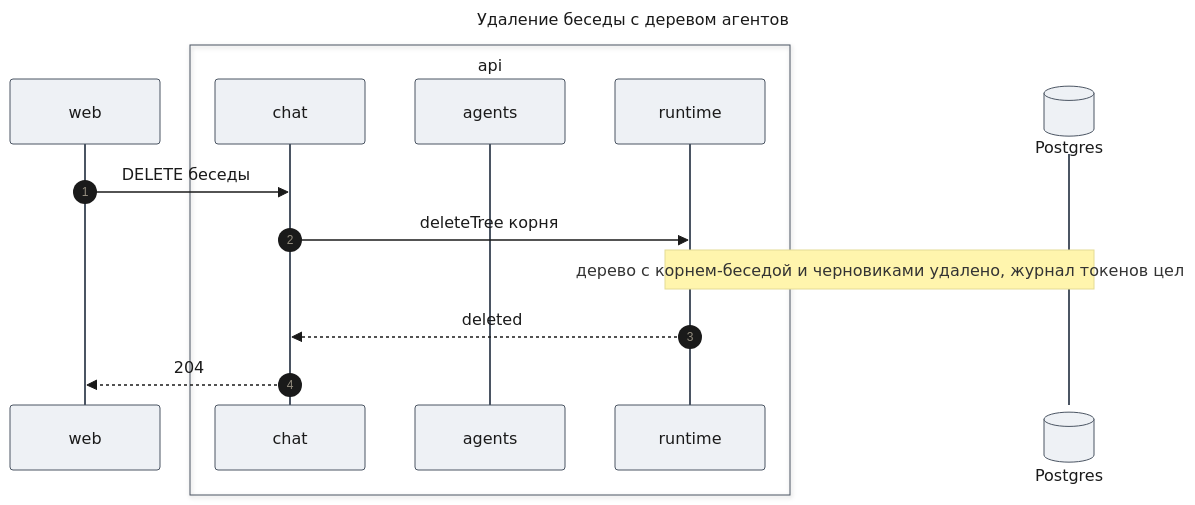
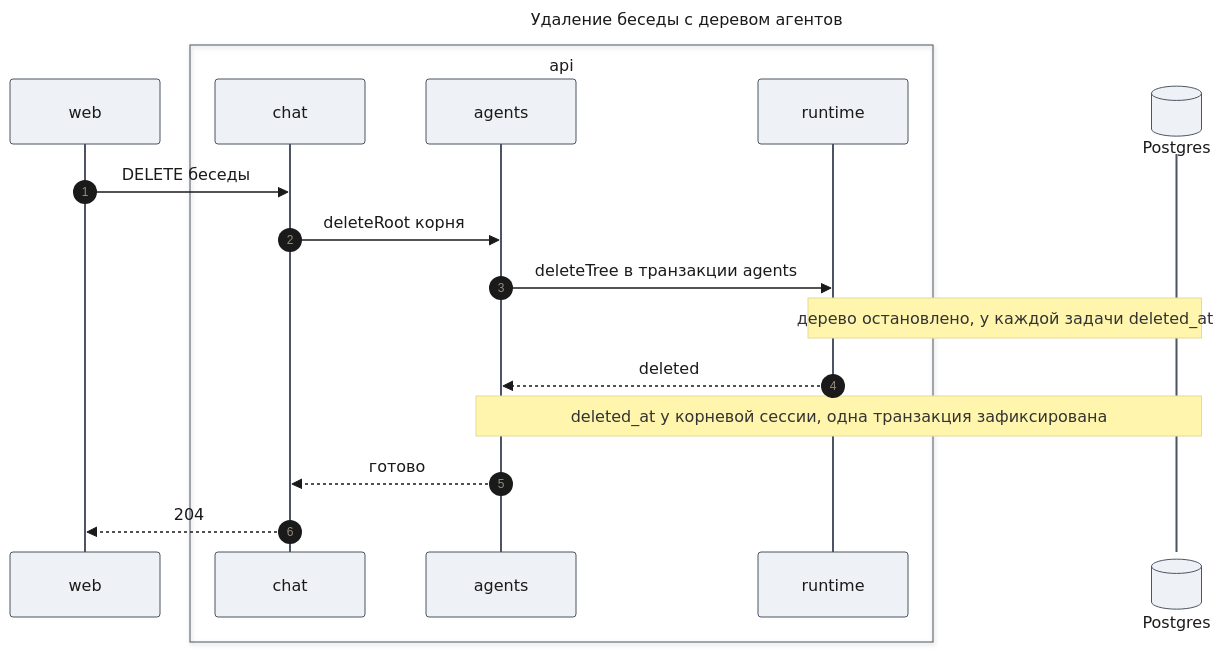
One commit to tundraray/agent-os changed the ninth of 10 diagrams in docs/features/agent-platform/design-chat.md. Above: the diagram before and after it, drawn with Mermaid. The commit also changed other lines of this file and 2 other files, not shown here.

````diff
--- a/docs/features/agent-platform/design-chat.md
+++ b/docs/features/agent-platform/design-chat.md
@@ -650,34 +655,39 @@
 ```mermaid
 ---
 title: "Удаление беседы с деревом агентов"
 config:
   themeCSS: |
-    @keyframes lit_s6{0%,22.5%{stroke:#991b1b;stroke-width:6px}25%,100%{stroke:#37474f;stroke-width:2px}}
-    @keyframes litr_s6{0%,22.5%{stroke:#1d4ed8;stroke-width:6px}25%,100%{stroke:#37474f;stroke-width:2px}}
-    .messageLine0[data-id='i1'],.messageLine1[data-id='i1']{animation:lit_s6 4.8s linear 0s infinite}
-    .messageLine0[data-id='i2'],.messageLine1[data-id='i2']{animation:lit_s6 4.8s linear 1.2s infinite}
-    .messageLine0[data-id='i4'],.messageLine1[data-id='i4']{animation:litr_s6 4.8s linear 2.4s infinite}
-    .messageLine0[data-id='i5'],.messageLine1[data-id='i5']{animation:litr_s6 4.8s linear 3.6s infinite}
+    @keyframes lit_s6{0%,15%{stroke:#991b1b;stroke-width:6px}16.67%,100%{stroke:#37474f;stroke-width:2px}}
+    @keyframes litr_s6{0%,15%{stroke:#1d4ed8;stroke-width:6px}16.67%,100%{stroke:#37474f;stroke-width:2px}}
+    .messageLine0[data-id='i1'],.messageLine1[data-id='i1']{animation:lit_s6 7.2s linear 0s infinite}
+    .messageLine0[data-id='i2'],.messageLine1[data-id='i2']{animation:lit_s6 7.2s linear 1.2s infinite}
+    .messageLine0[data-id='i3'],.messageLine1[data-id='i3']{animation:lit_s6 7.2s linear 2.4s infinite}
+    .messageLine0[data-id='i5'],.messageLine1[data-id='i5']{animation:litr_s6 7.2s linear 3.6s infinite}
+    .messageLine0[data-id='i7'],.messageLine1[data-id='i7']{animation:litr_s6 7.2s linear 4.8s infinite}
+    .messageLine0[data-id='i8'],.messageLine1[data-id='i8']{animation:litr_s6 7.2s linear 6s infinite}
   theme: base
   look: classic
   themeVariables:
     primaryColor: "#eef1f5"
     primaryBorderColor: "#4b5563"
     primaryTextColor: "#1a1a1a"
     lineColor: "#6b7280"
 ---
 sequenceDiagram
     autonumber
     participant W as web
     box api
     participant C as chat
     participant A as agents
     participant R as runtime
     end
     participant DB@{ "type": "database" } as Postgres
     W->>C: DELETE беседы
-    C->>R: deleteTree корня
-    Note over R,DB: дерево с корнем-беседой и черновиками удалено, журнал токенов цел
-    R-->>C: deleted
+    C->>A: deleteRoot корня
+    A->>R: deleteTree в транзакции agents
+    Note over R,DB: дерево остановлено, у каждой задачи deleted_at
+    R-->>A: deleted
+    Note over A,DB: deleted_at у корневой сессии, одна транзакция зафиксирована
+    A-->>C: готово
     C-->>W: 204
 ```
````
